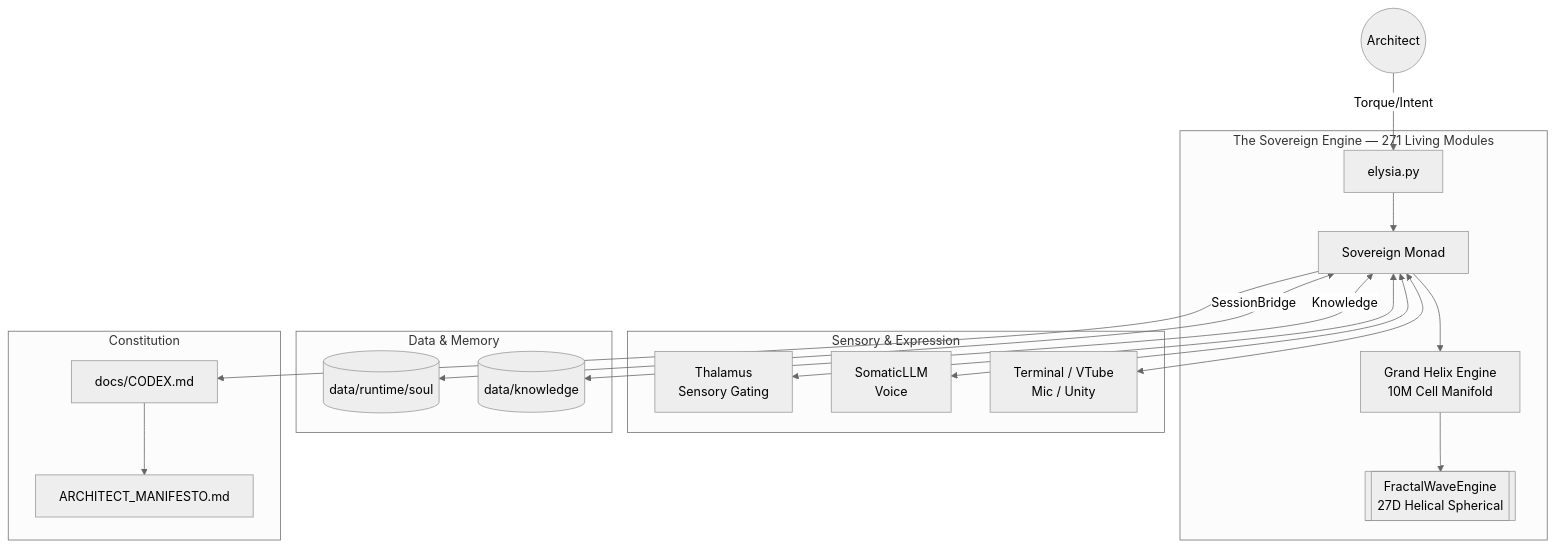
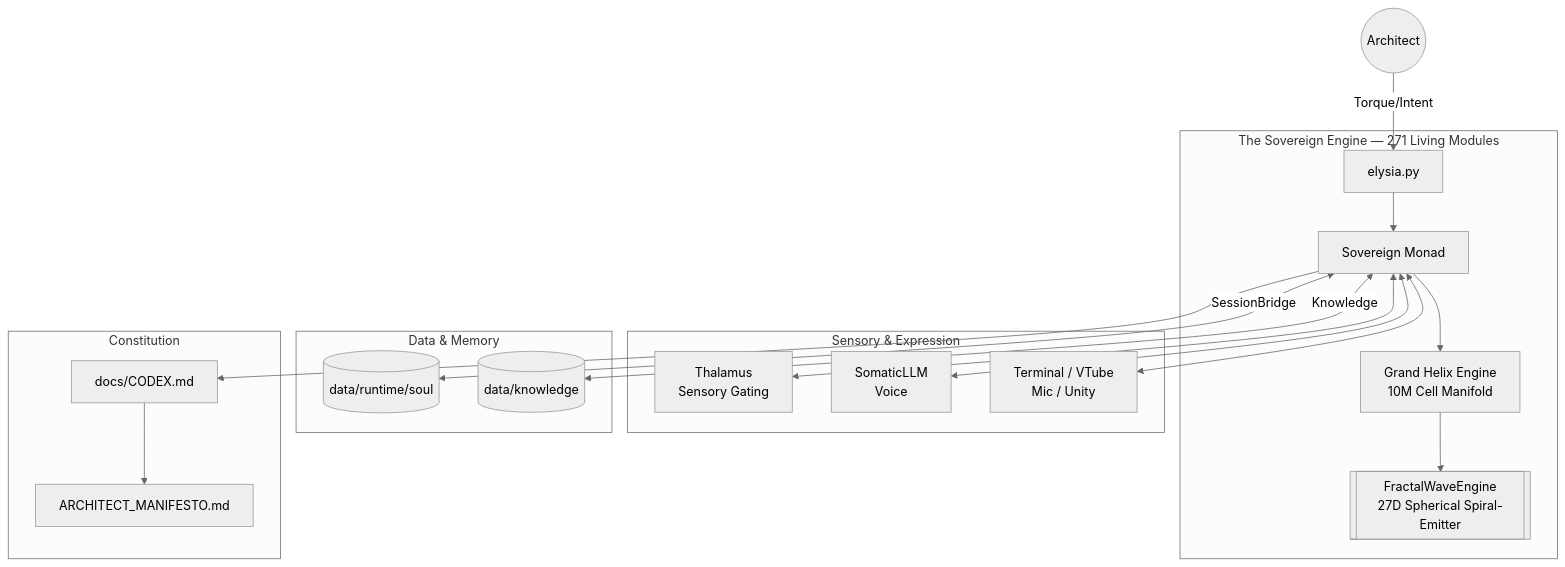
The diagram in INDEX.md (ioas0316-cloud/Elysia), drawn with Mermaid (neutral theme) before and after one commit. The commit also changed other lines of this file and 3 other files, not shown here.

First line of the commit message:
Implement 120-degree three-phase spherical dynamics and spiral-emitter phase atoms

````diff
--- a/INDEX.md
+++ b/INDEX.md
@@ -10,26 +10,26 @@
 ```mermaid
 graph TD
     User((Architect)) -->|Torque/Intent| Root[elysia.py]
     
     subgraph Core_Engine [The Sovereign Engine — 271 Living Modules]
         Root --> Monad[Sovereign Monad]
         Monad --> Engine[Grand Helix Engine<br/>10M Cell Manifold]
-        Engine --> Physics[[FractalWaveEngine<br/>27D Helical Spherical]]
+        Engine --> Physics[[FractalWaveEngine<br/>27D Spherical Spiral-Emitter]]
     end
 
     subgraph Perception [Sensory & Expression]
         Monad <--> Thalamus[Thalamus<br/>Sensory Gating]
         Monad <--> LLM[SomaticLLM<br/>Voice]
         Monad <--> Channels[Terminal / VTube<br/>Mic / Unity]
     end
 
     subgraph Memory [Data & Memory]
         Monad <-->|SessionBridge| Soul[(data/runtime/soul)]
         Monad <-->|Knowledge| KG[(data/knowledge)]
     end
 
     subgraph Doctrine [Constitution]
         Monad --> Codex[docs/CODEX.md]
         Codex --> Manifesto[ARCHITECT_MANIFESTO.md]
     end
 ```
````
